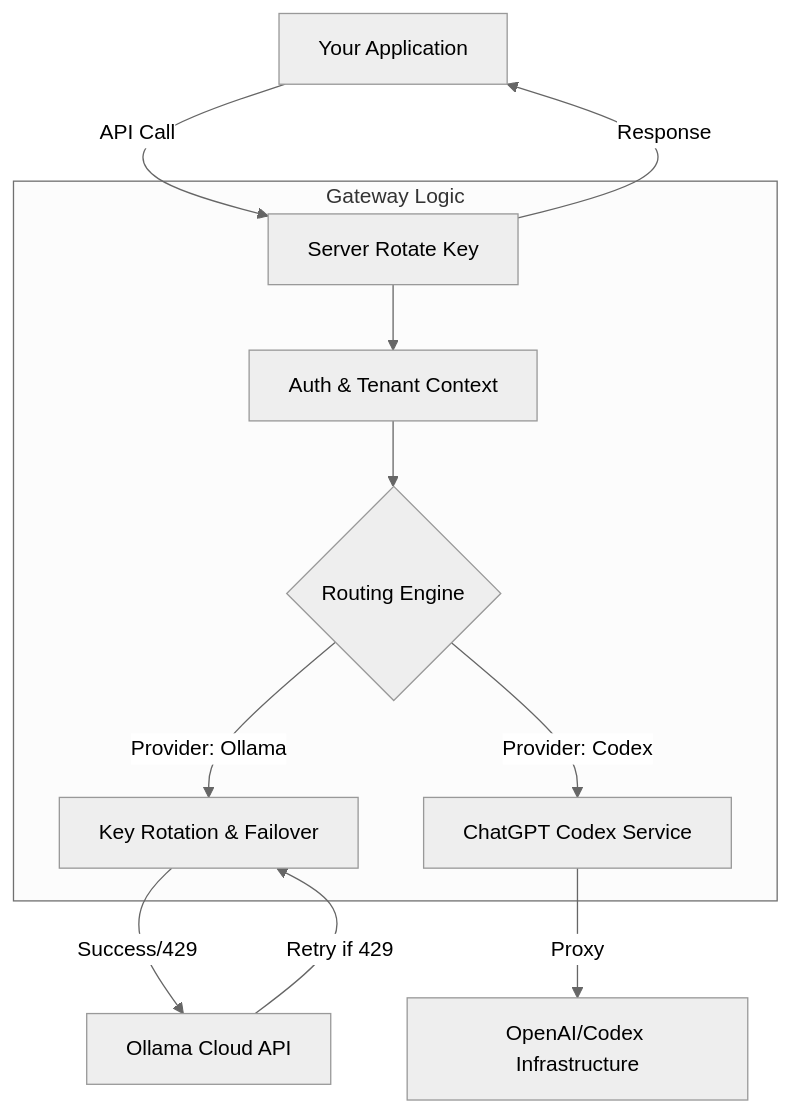
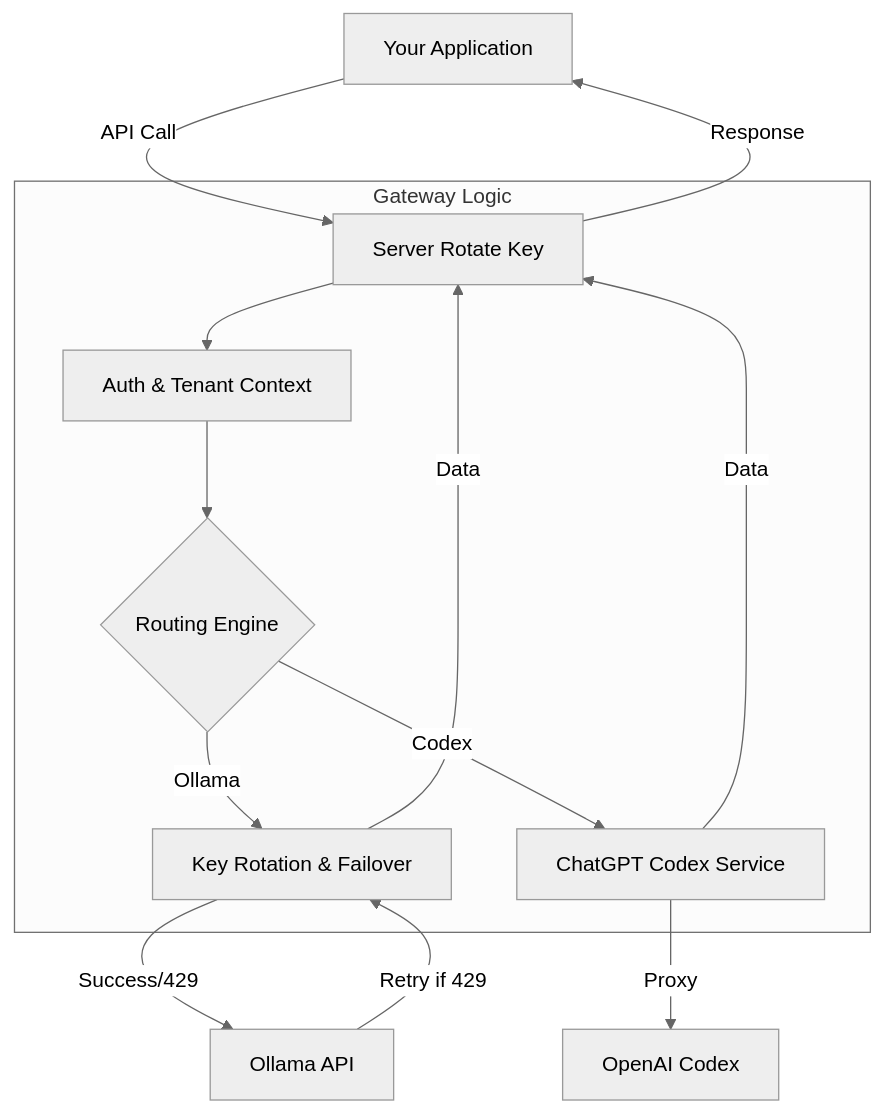
One commit to Giuseph66/server-rotate-key changed the diagram in README.md. Above: the diagram before and after it, drawn with Mermaid (neutral theme). The commit also changed other lines of this file and 1 other file, not shown here.

````diff
--- a/README.md
+++ b/README.md
@@ -21,14 +21,16 @@
 ```mermaid
 graph TD
     App[Your Application] -->|API Call| Gateway[Server Rotate Key]
     subgraph "Gateway Logic"
         Gateway --> Auth[Auth & Tenant Context]
         Auth --> Engine{Routing Engine}
-        Engine -->|Provider: Ollama| Rotation[Key Rotation & Failover]
-        Engine -->|Provider: Codex| ChatGPT[ChatGPT Codex Service]
+        Engine -->|Ollama| Rotation[Key Rotation & Failover]
+        Engine -->|Codex| ChatGPT[ChatGPT Codex Service]
     end
-    Rotation -->|Success/429| Ollama[Ollama Cloud API]
-    Ollama -->|Retry if 429| Rotation
-    ChatGPT -->|Proxy| OpenAI[OpenAI/Codex Infrastructure]
+    Rotation -->|Success/429| UpstreamOllama[Ollama API]
+    UpstreamOllama -->|Retry if 429| Rotation
+    ChatGPT -->|Proxy| OpenAI[OpenAI Codex]
+    Rotation -->|Data| Gateway
+    ChatGPT -->|Data| Gateway
     Gateway -->|Response| App
 ```
````
